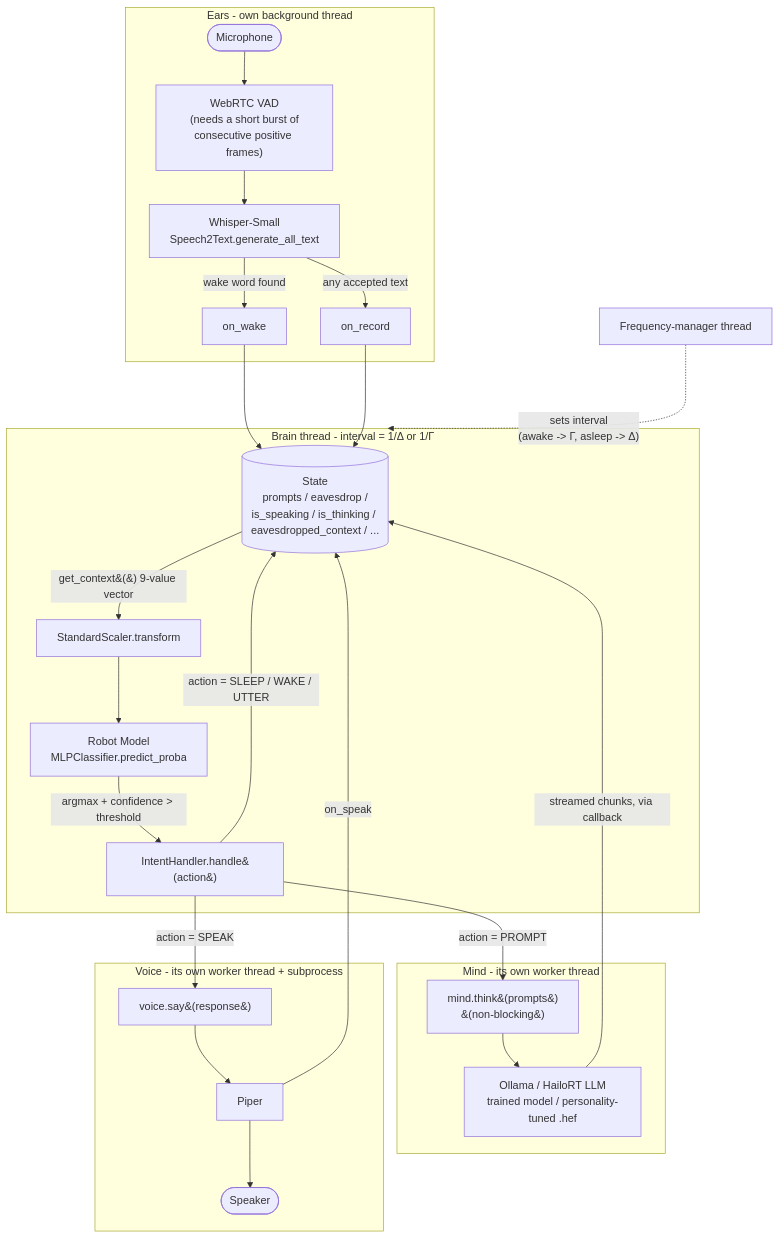
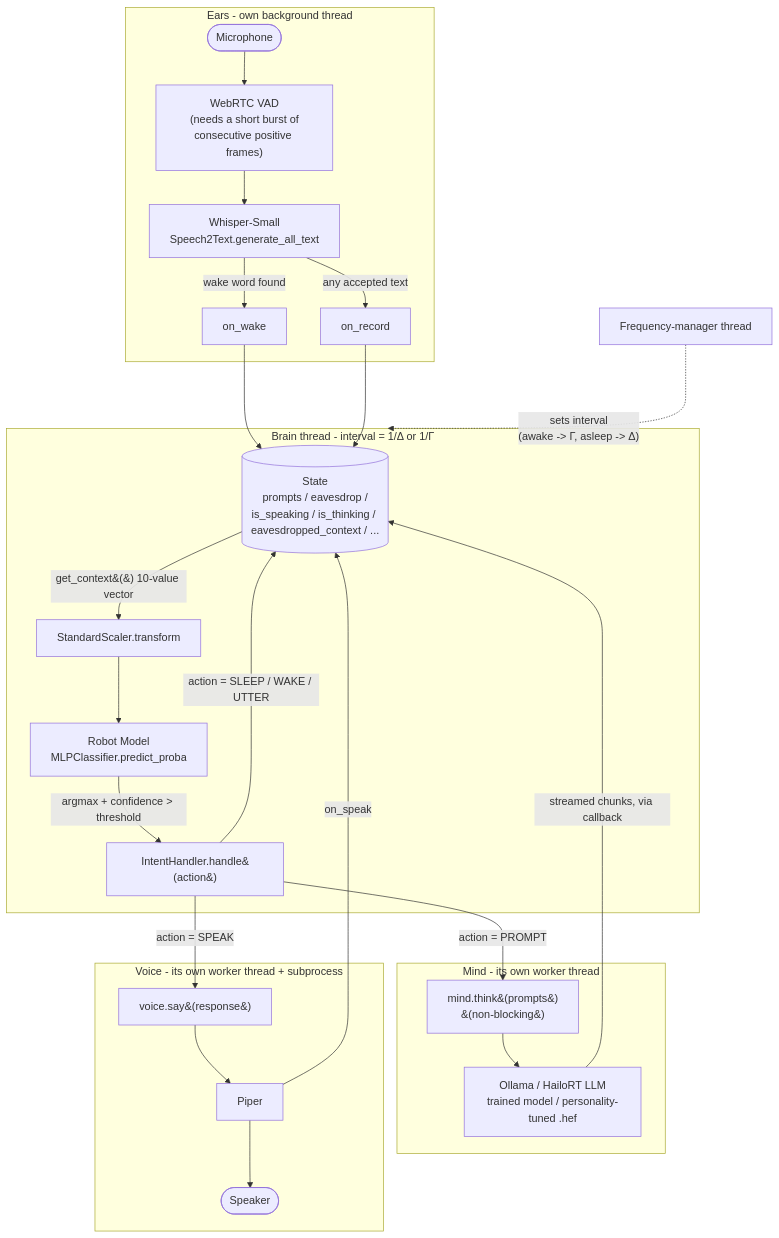
One commit to Bielousov/robot changed the second of 2 diagrams in src/models/README.md. Above: the diagram before and after it, drawn with Mermaid. The commit also changed other lines of this file and 4 other files, not shown here.

````diff
--- a/src/models/README.md
+++ b/src/models/README.md
@@ -39,35 +39,35 @@
 ```mermaid
 flowchart TB
     subgraph Ears["Ears - own background thread"]
         MIC(["Microphone"]) --> GATE["WebRTC VAD\n(needs a short burst of\nconsecutive positive frames)"]
         GATE --> S2T["Whisper-Small\nSpeech2Text.generate_all_text"]
         S2T -->|wake word found| ON_WAKE["on_wake"]
         S2T -->|any accepted text| ON_RECORD["on_record"]
     end
 
     ON_WAKE --> STATE
     ON_RECORD --> STATE[("State\nprompts / eavesdrop /\nis_speaking / is_thinking / eavesdropped_context / ...")]
 
     subgraph Brain["Brain thread - interval = 1/&Delta; or 1/&Gamma;"]
-        STATE -->|get_context&#40;&#41; 9-value vector| SCALE["StandardScaler.transform"]
+        STATE -->|get_context&#40;&#41; 10-value vector| SCALE["StandardScaler.transform"]
         SCALE --> MLP["Robot Model\nMLPClassifier.predict_proba"]
         MLP -->|argmax + confidence &gt; threshold| INTENT["IntentHandler.handle&#40;action&#41;"]
     end
 
     FREQ["Frequency-manager thread"] -. "sets interval\n(awake -> &Gamma;, asleep -> &Delta;)" .-> Brain
 
     INTENT -->|action = PROMPT| MIND_CALL["mind.think&#40;prompts&#41;\n&#40;non-blocking&#41;"]
     INTENT -->|action = SPEAK| VOICE_CALL["voice.say&#40;response&#41;"]
     INTENT -->|action = SLEEP / WAKE / UTTER| STATE
 
     subgraph Mind["Mind - its own worker thread"]
         MIND_CALL --> LLM["Ollama / HailoRT LLM\ntrained model / personality-tuned .hef"]
         LLM -->|streamed chunks, via callback| STATE
     end
 
     subgraph Voice["Voice - its own worker thread + subprocess"]
         VOICE_CALL --> TTS["Piper"]
         TTS --> SPEAKER(["Speaker"])
         TTS -->|on_speak| STATE
     end
 ```
````
